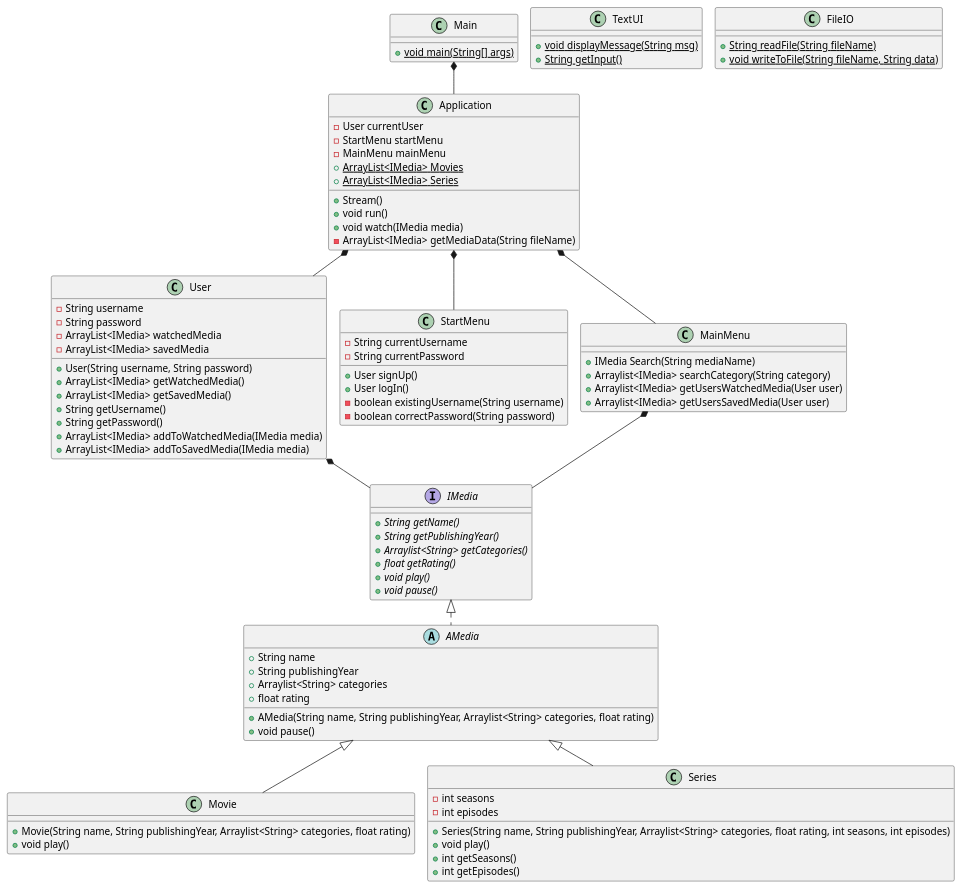
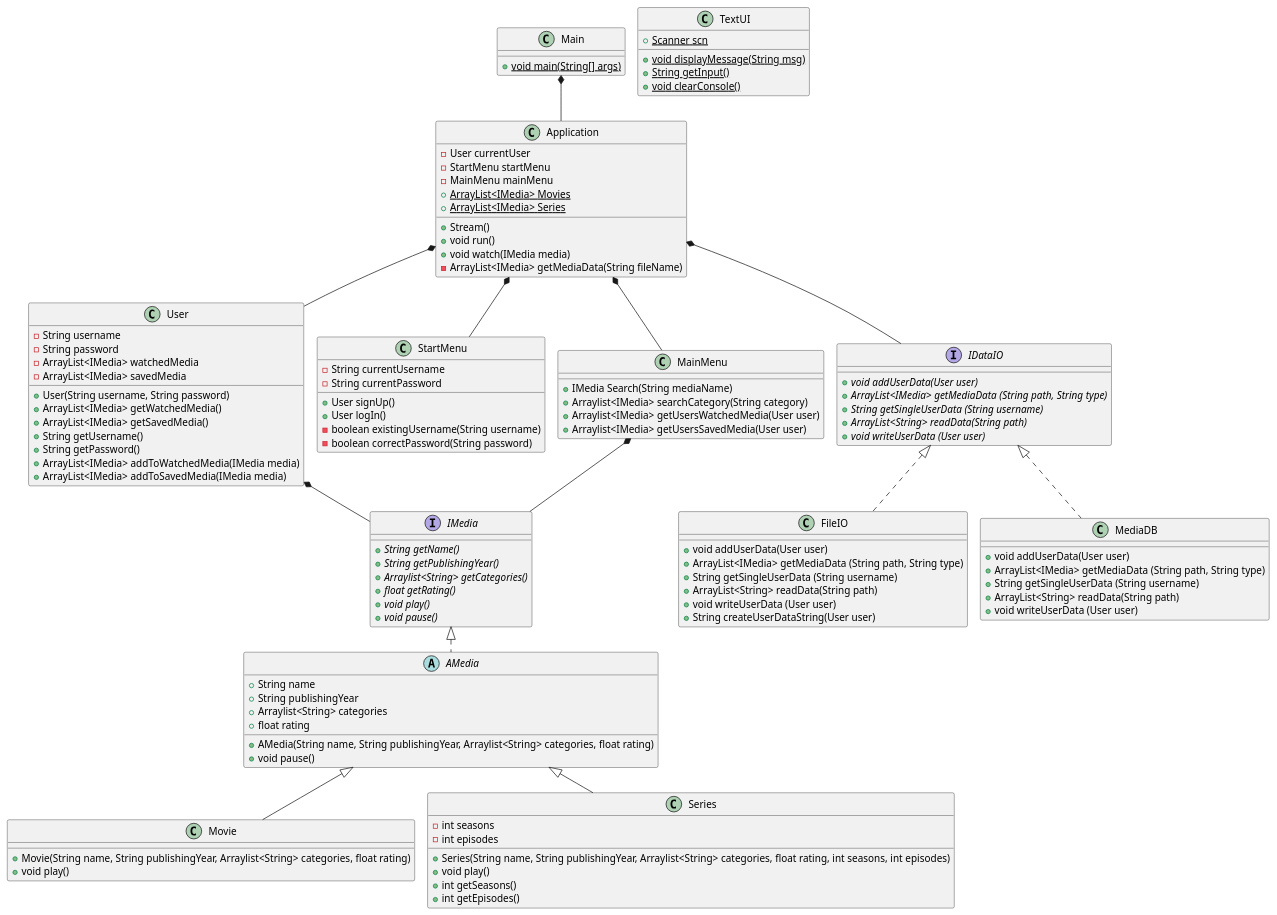
One commit to TobiasTheDanish/SP3 changed the diagram in Documentation/KlasseDiagram.puml. Above: the diagram before and after it, drawn with PlantUML. The commit also changed 2 other files, not shown here.

Commit message:
Updated documentation and added comments to MediaDB's functions

```diff
--- a/Documentation/KlasseDiagram.puml
+++ b/Documentation/KlasseDiagram.puml
@@ -1,94 +1,117 @@
 @startuml
 !pragma layout smetana
 
 interface IMedia {
     + {abstract} String getName()
     + {abstract} String getPublishingYear()
     + {abstract} Arraylist<String> getCategories()
     + {abstract} float getRating()
     + {abstract} void play()
     + {abstract} void pause()
 }
 abstract class AMedia implements IMedia {
     + String name
     + String publishingYear
     + Arraylist<String> categories
     + float rating
     + AMedia(String name, String publishingYear, Arraylist<String> categories, float rating)
     + void pause()
 }
 class Movie extends AMedia {
     + Movie(String name, String publishingYear, Arraylist<String> categories, float rating)
     + void play()
 }
 class Series extends AMedia {
     - int seasons
     - int episodes
     + Series(String name, String publishingYear, Arraylist<String> categories, float rating, int seasons, int episodes)
     + void play()
     + int getSeasons()
     + int getEpisodes()
 }
 class User {
     - String username
     - String password
     - ArrayList<IMedia> watchedMedia
     - ArrayList<IMedia> savedMedia
     + User(String username, String password)
     + ArrayList<IMedia> getWatchedMedia()
     + ArrayList<IMedia> getSavedMedia()
     + String getUsername()
     + String getPassword()
     + ArrayList<IMedia> addToWatchedMedia(IMedia media)
     + ArrayList<IMedia> addToSavedMedia(IMedia media)
 }
 class StartMenu {
     - String currentUsername
     - String currentPassword
     + User signUp()
     + User logIn()
     - boolean existingUsername(String username)
     - boolean correctPassword(String password)
 }
 class MainMenu {
     + IMedia Search(String mediaName)
     + Arraylist<IMedia> searchCategory(String category)
     + Arraylist<IMedia> getUsersWatchedMedia(User user)
     + Arraylist<IMedia> getUsersSavedMedia(User user)
 }
 
 class TextUI {
+    + {static} Scanner scn
     + {static} void displayMessage(String msg)
     + {static} String getInput()
+    + {static} void clearConsole()
 }
 
-class FileIO {
-    + {static} String readFile(String fileName)
-    + {static} void writeToFile(String fileName, String data)
+interface IDataIO {
+    + {abstract} void addUserData(User user)
+    + {abstract} ArrayList<IMedia> getMediaData (String path, String type)
+    + {abstract} String getSingleUserData (String username)
+    + {abstract} ArrayList<String> readData(String path)
+    + {abstract} void writeUserData (User user)
+}
+
+class FileIO implements IDataIO{
+    + void addUserData(User user)
+    + ArrayList<IMedia> getMediaData (String path, String type)
+    + String getSingleUserData (String username)
+    + ArrayList<String> readData(String path)
+    + void writeUserData (User user)
+    + String createUserDataString(User user)
+}
+
+class MediaDB implements IDataIO {
+    + void addUserData(User user)
+    + ArrayList<IMedia> getMediaData (String path, String type)
+    + String getSingleUserData (String username)
+    + ArrayList<String> readData(String path)
+    + void writeUserData (User user)
 }
 
 class Main {
     + {static} void main(String[] args)
 }
 
 class Application {
     - User currentUser
     - StartMenu startMenu
     - MainMenu mainMenu
     + {static} ArrayList<IMedia> Movies
     + {static} ArrayList<IMedia> Series
     + Stream()
     + void run()
     + void watch(IMedia media)
     - ArrayList<IMedia> getMediaData(String fileName)
 }
 
 Main *-- Application
 
 Application *-- StartMenu
 Application *-- MainMenu
 Application *-- User
+Application *-- IDataIO
 MainMenu *-- IMedia
 User *-- IMedia
 
 @enduml
```
